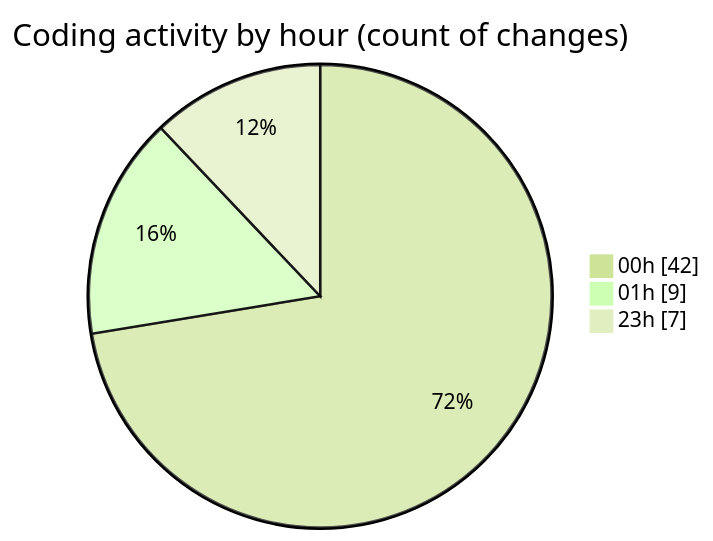
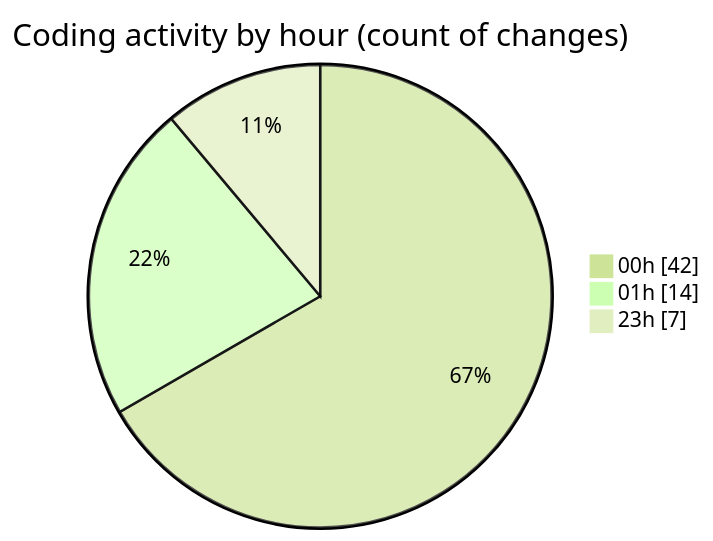
One commit to lephambinh05/code-tracking changed the second of 2 diagrams in 2025-08-12/rentotp/README.md. Above: the diagram before and after it, drawn with Mermaid (forest theme). The commit also changed other lines of this file and 1 other file, not shown here.

````diff
--- a/2025-08-12/rentotp/README.md
+++ b/2025-08-12/rentotp/README.md
@@ -41,7 +41,7 @@
 ```mermaid
 pie showData
 title Coding activity by hour (count of changes)
 "00h" : 42
-"01h" : 9
+"01h" : 14
 "23h" : 7
 ```
````
